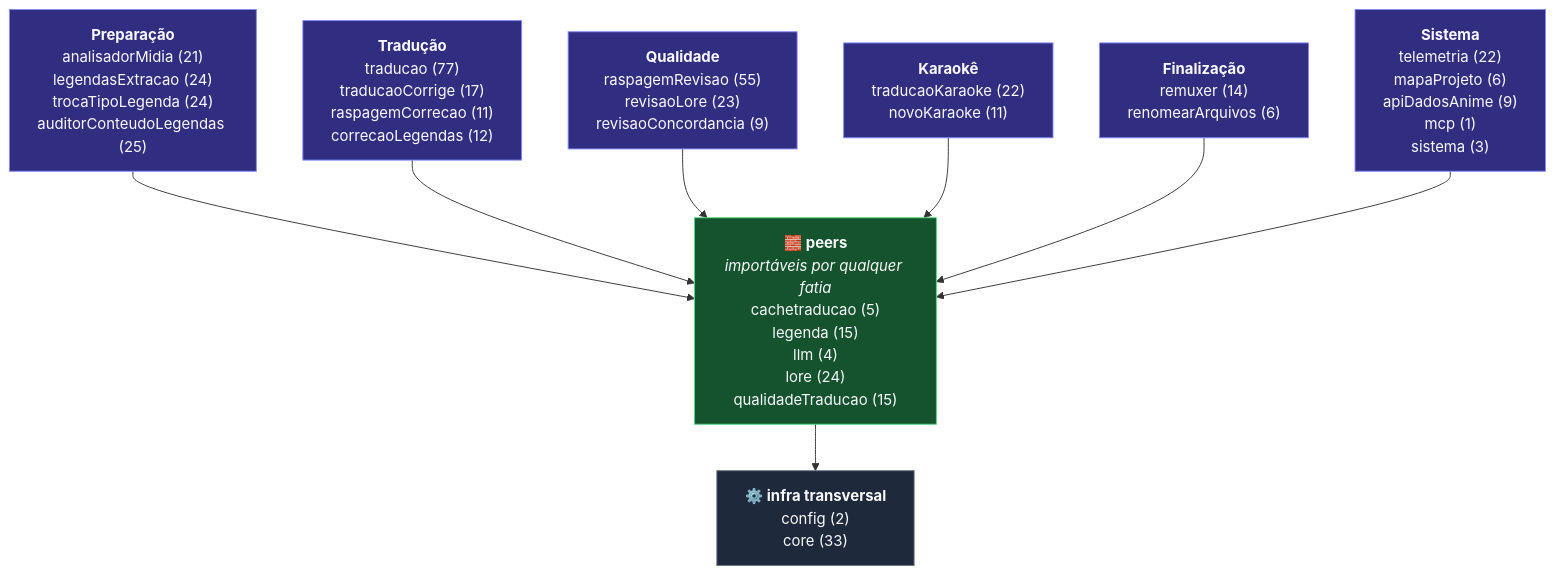
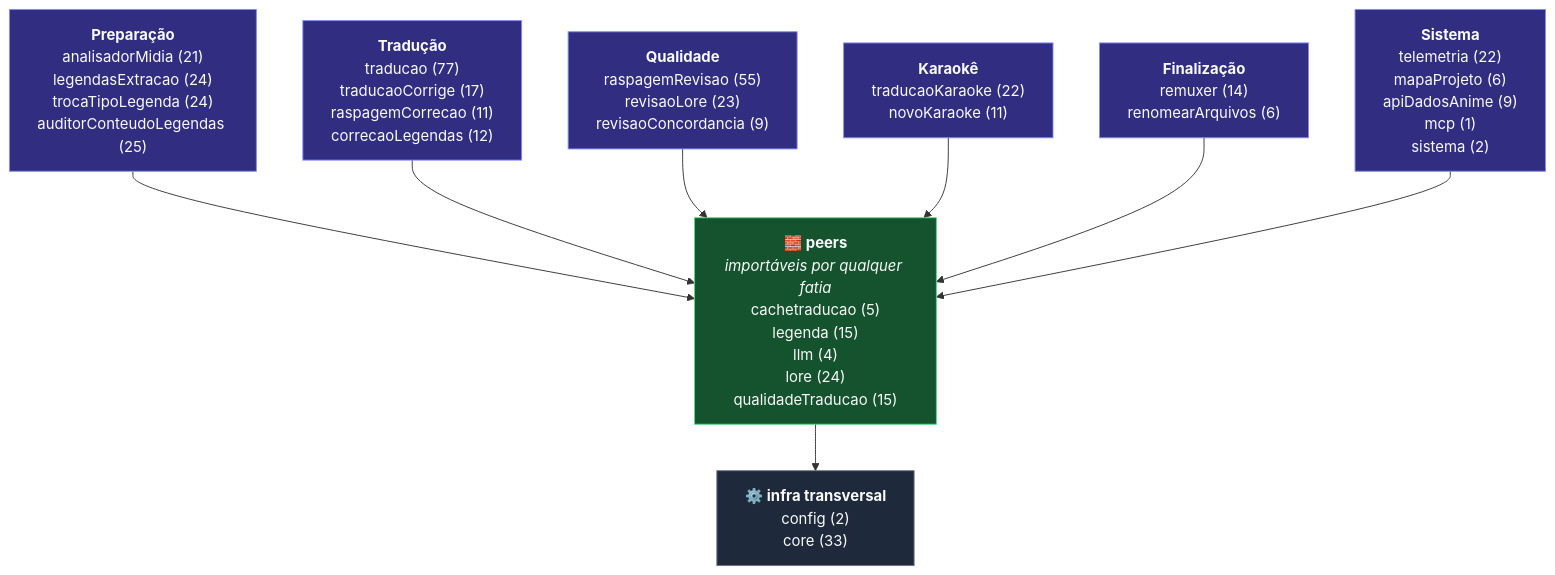
Before and after one commit to carmipa/traducao_animes_llm_local_quarkus-1: the diagram in docs/ref-esqueleto-projeto.md, drawn with Mermaid. The commit also changed other lines of this file and 6 other files, not shown here.

````diff
--- a/docs/ref-esqueleto-projeto.md
+++ b/docs/ref-esqueleto-projeto.md
@@ -36,21 +36,21 @@
 ```mermaid
 graph TB
     G0["<b>Preparação</b><br/>analisadorMidia (21)<br/>legendasExtracao (24)<br/>trocaTipoLegenda (24)<br/>auditorConteudoLegendas (25)"]:::fatia
     G1["<b>Tradução</b><br/>traducao (77)<br/>traducaoCorrige (17)<br/>raspagemCorrecao (11)<br/>correcaoLegendas (12)"]:::fatia
     G2["<b>Qualidade</b><br/>raspagemRevisao (55)<br/>revisaoLore (23)<br/>revisaoConcordancia (9)"]:::fatia
     G3["<b>Karaokê</b><br/>traducaoKaraoke (22)<br/>novoKaraoke (11)"]:::fatia
     G4["<b>Finalização</b><br/>remuxer (14)<br/>renomearArquivos (6)"]:::fatia
-    G5["<b>Sistema</b><br/>telemetria (22)<br/>mapaProjeto (6)<br/>apiDadosAnime (9)<br/>mcp (1)<br/>sistema (3)"]:::fatia
+    G5["<b>Sistema</b><br/>telemetria (22)<br/>mapaProjeto (6)<br/>apiDadosAnime (9)<br/>mcp (1)<br/>sistema (2)"]:::fatia
     PEERS["<b>🧱 peers</b><br/><i>importáveis por qualquer fatia</i><br/>cachetraducao (5)<br/>legenda (15)<br/>llm (4)<br/>lore (24)<br/>qualidadeTraducao (15)"]:::peer
     BASE["<b>⚙️ infra transversal</b><br/>config (2)<br/>core (33)"]:::base
     G0 --> PEERS
     G1 --> PEERS
     G2 --> PEERS
     G3 --> PEERS
     G4 --> PEERS
     G5 --> PEERS
     PEERS --> BASE
     classDef fatia fill:#312e81,stroke:#818CF8,color:#F9FAFB
     classDef peer fill:#14532d,stroke:#4ADE80,color:#F9FAFB
     classDef base fill:#1e293b,stroke:#6B7280,color:#F9FAFB
 ```
````
